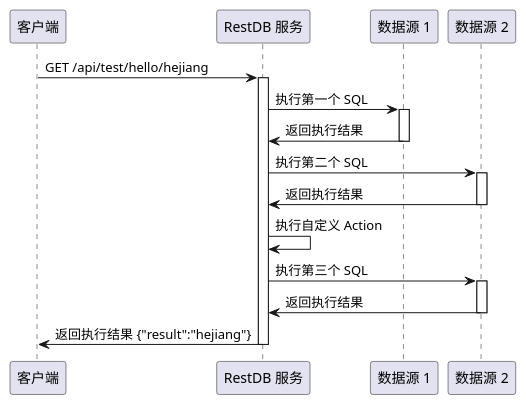
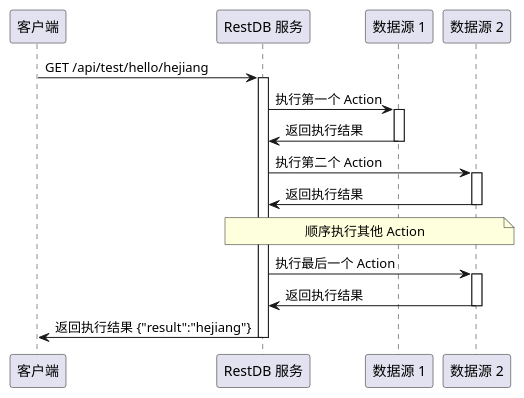
One commit to yangyx1988love/nk-docs changed the diagram in content/cn/docs/restdb/_index.md. Above: the diagram before and after it, drawn with PlantUML. The commit also changed other lines of this file, not shown here.

Commit message:
modify restdb

```diff
--- a/content/cn/docs/restdb/_index.md
+++ b/content/cn/docs/restdb/_index.md
@@ -15,26 +15,31 @@
 @startuml
     participant "客户端" as client
     participant "RestDB 服务" as restdb
     participant "数据源 1" as ds1
     participant "数据源 2" as ds2
 
     client -> restdb: GET /api/test/hello/hejiang
     activate restdb
 
-    restdb -> ds1:    执行第一个 SQL
+    restdb -> ds1:    执行第一个 Action
     activate ds1
     restdb <- ds1:    返回执行结果
     deactivate ds1
-    restdb -> ds2:    执行第二个 SQL
+    
+    restdb -> ds2:    执行第二个 Action
     activate ds2
     restdb <- ds2:    返回执行结果
     deactivate ds2
-    restdb -> restdb: 执行自定义 Action
-    restdb -> ds2:    执行第三个 SQL
+
+    note over restdb, ds2 
+      顺序执行其他 Action
+    end note
+
+    restdb -> ds2:    执行最后一个 Action
     activate ds2
     restdb <- ds2:    返回执行结果
     deactivate ds2
     
     client <- restdb: 返回执行结果 {"result":"hejiang"}
     deactivate restdb
 @enduml
```
